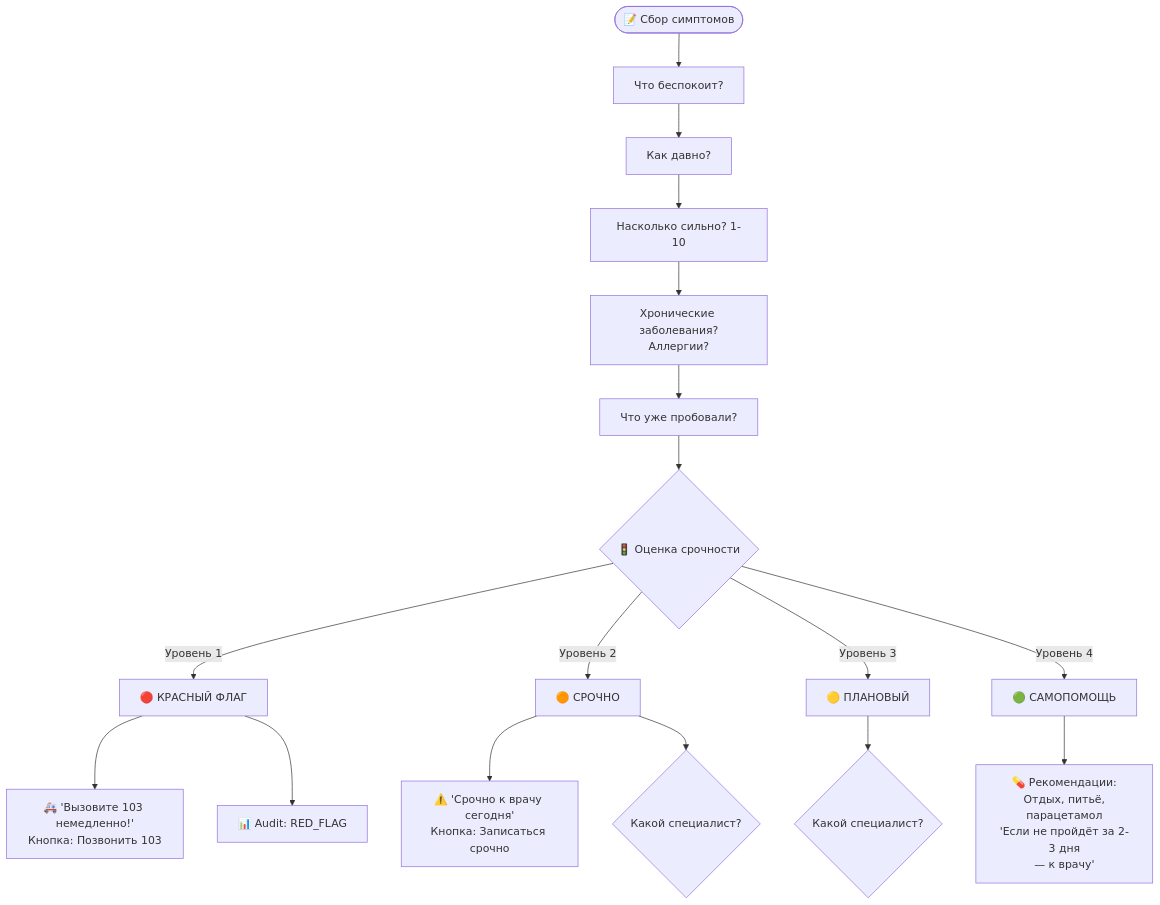
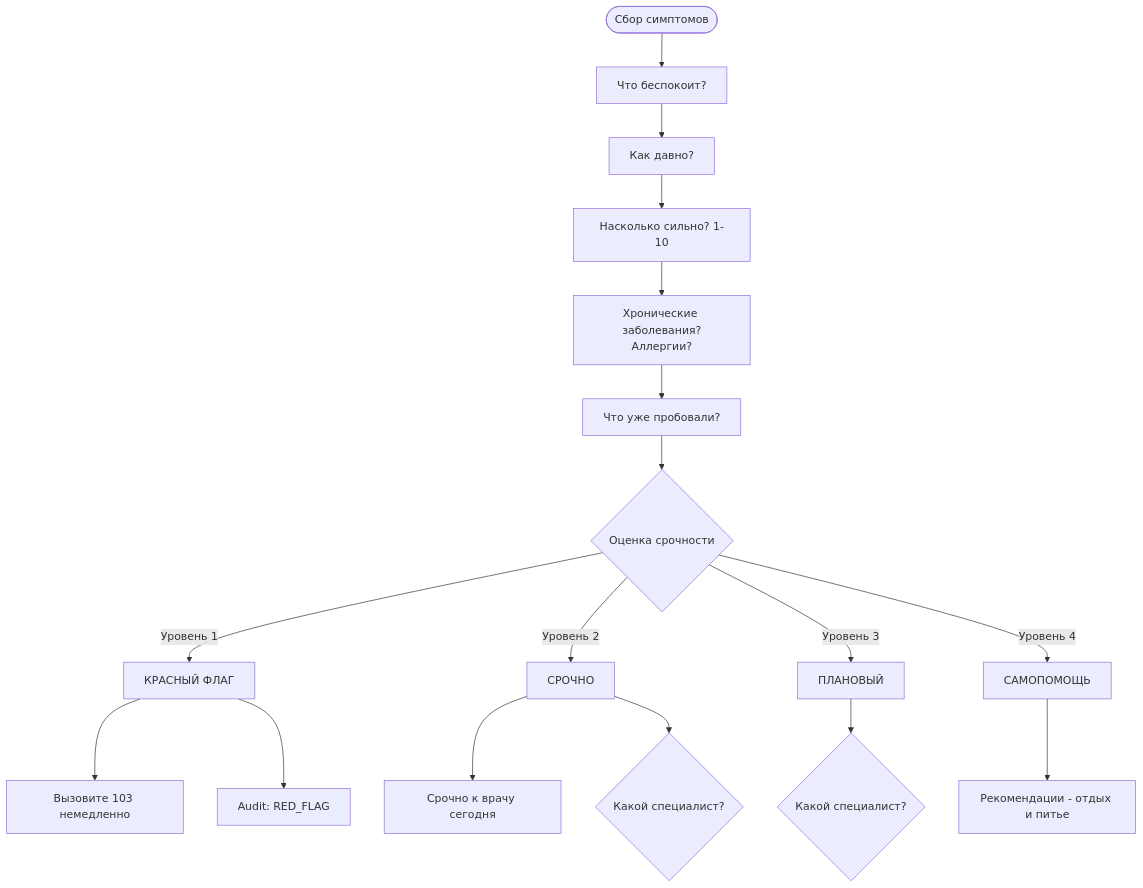
One commit to abubakirilhomov/hamshiraGo changed the third of 10 diagrams in docs/SALOMAT_FLOW.md. Above: the diagram before and after it, drawn with Mermaid. The commit also changed other lines of this file and 1 other file, not shown here.

First line of the commit message:
fix(docs): remove emoji + fix quotes in Mermaid diagrams

````diff
--- a/docs/SALOMAT_FLOW.md
+++ b/docs/SALOMAT_FLOW.md
@@ -97,25 +97,25 @@
 ```mermaid
 flowchart TD
-    COLLECT([📝 Сбор симптомов]) --> Q1[Что беспокоит?]
+    COLLECT([Сбор симптомов]) --> Q1[Что беспокоит?]
     Q1 --> Q2[Как давно?]
     Q2 --> Q3[Насколько сильно? 1-10]
     Q3 --> Q4[Хронические заболевания?<br/>Аллергии?]
     Q4 --> Q5[Что уже пробовали?]
     
-    Q5 --> TRIAGE{🚦 Оценка срочности}
+    Q5 --> TRIAGE{Оценка срочности}
     
-    TRIAGE -->|Уровень 1| RED[🔴 КРАСНЫЙ ФЛАГ]
-    TRIAGE -->|Уровень 2| ORANGE[🟠 СРОЧНО]
-    TRIAGE -->|Уровень 3| YELLOW[🟡 ПЛАНОВЫЙ]
-    TRIAGE -->|Уровень 4| GREEN[🟢 САМОПОМОЩЬ]
+    TRIAGE -->|Уровень 1| RED[КРАСНЫЙ ФЛАГ]
+    TRIAGE -->|Уровень 2| ORANGE[СРОЧНО]
+    TRIAGE -->|Уровень 3| YELLOW[ПЛАНОВЫЙ]
+    TRIAGE -->|Уровень 4| GREEN[САМОПОМОЩЬ]
     
-    RED --> RED_ACT["🚑 'Вызовите 103 немедленно!'<br/>Кнопка: Позвонить 103"]
-    RED --> AUDIT_RED[📊 Audit: RED_FLAG]
+    RED --> RED_ACT[Вызовите 103 немедленно]
+    RED --> AUDIT_RED[Audit: RED_FLAG]
     
-    ORANGE --> ORANGE_ACT["⚠️ 'Срочно к врачу сегодня'<br/>Кнопка: Записаться срочно"]
+    ORANGE --> ORANGE_ACT[Срочно к врачу сегодня]
     ORANGE --> SPEC_ORANGE{Какой специалист?}
     
     YELLOW --> SPEC_YELLOW{Какой специалист?}
     
-    GREEN --> GREEN_ACT["💊 Рекомендации:<br/>Отдых, питьё,<br/>парацетамол<br/>'Если не пройдёт за 2-3 дня<br/>— к врачу'"]
+    GREEN --> GREEN_ACT[Рекомендации - отдых и питье]
 ```
````
